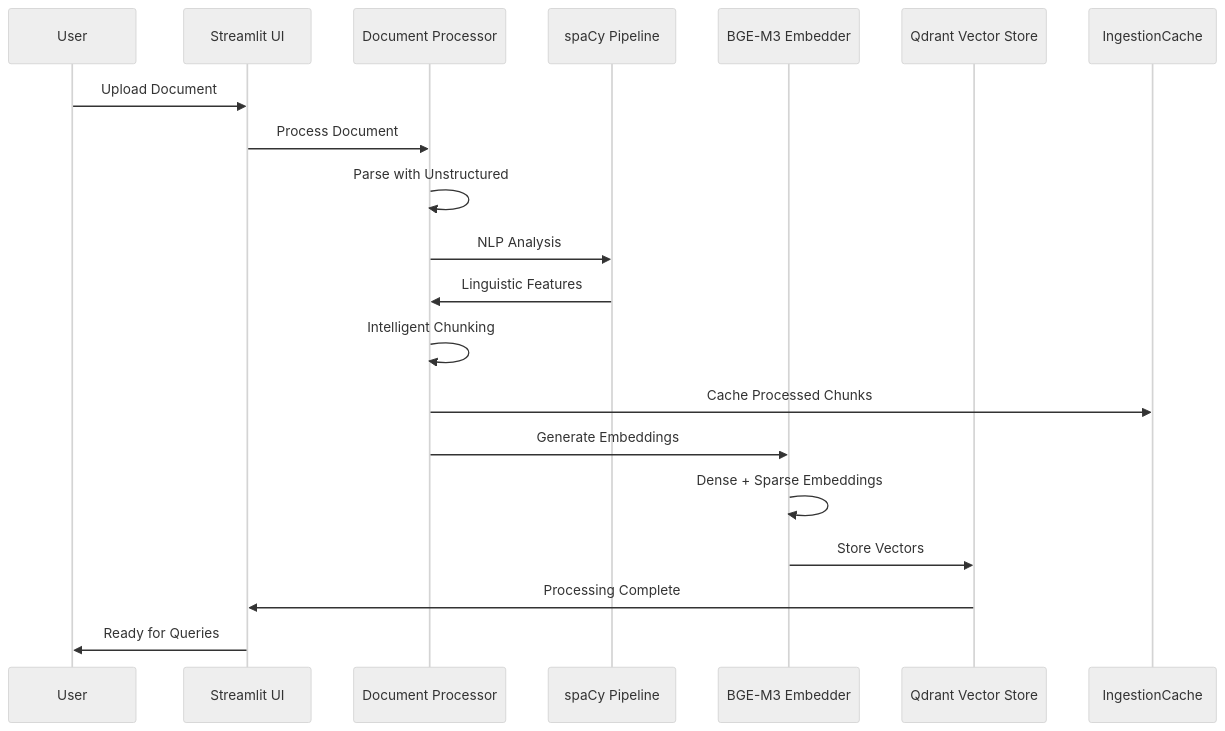
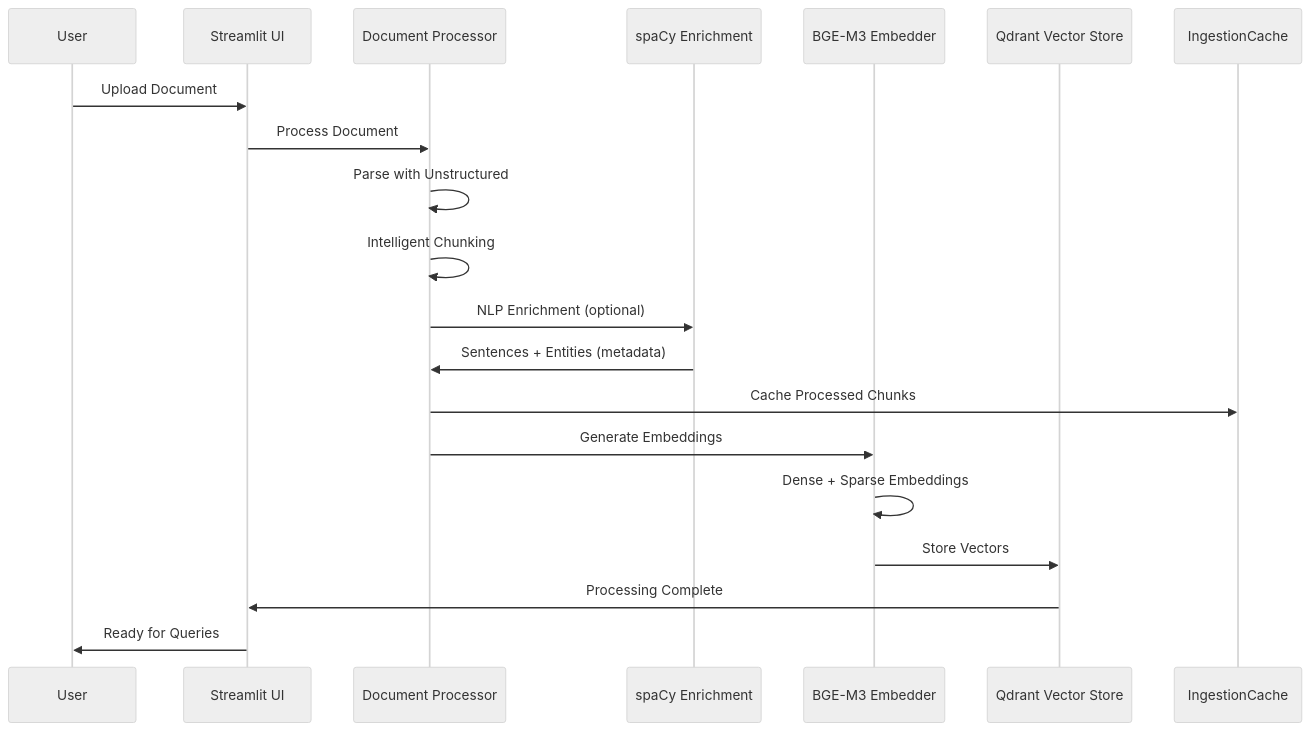
Before and after one commit to BjornMelin/docmind-ai-llm: the sixth of 7 diagrams in docs/developers/system-architecture.md, drawn with Mermaid (neutral theme). The commit also changed other lines of this file and 17 other files, not shown here.

First line of the commit message:
feat(nlp): implement spaCy NLP enrichment for document ingestion

````diff
--- a/docs/developers/system-architecture.md
+++ b/docs/developers/system-architecture.md
@@ -440,27 +440,26 @@
 ```mermaid
 sequenceDiagram
     participant U as User
     participant UI as Streamlit UI
     participant DP as Document Processor
-    participant NLP as spaCy Pipeline
+    participant NLP as spaCy Enrichment
     participant EMB as BGE-M3 Embedder
     participant VS as Qdrant Vector Store
     participant CACHE as IngestionCache
 
     U->>UI: Upload Document
     UI->>DP: Process Document
 
     DP->>DP: Parse with Unstructured
-    DP->>NLP: NLP Analysis
-    NLP->>DP: Linguistic Features
-
     DP->>DP: Intelligent Chunking
+    DP->>NLP: NLP Enrichment (optional)
+    NLP->>DP: Sentences + Entities (metadata)
     DP->>CACHE: Cache Processed Chunks
 
     DP->>EMB: Generate Embeddings
     EMB->>EMB: Dense + Sparse Embeddings
     EMB->>VS: Store Vectors
 
     VS->>UI: Processing Complete
     UI->>U: Ready for Queries
 ```
````
